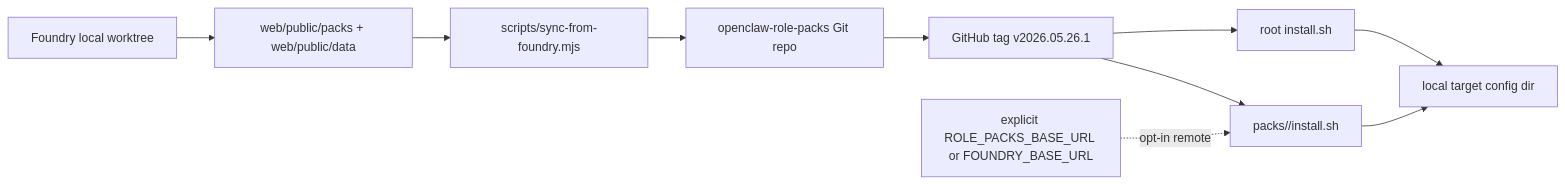
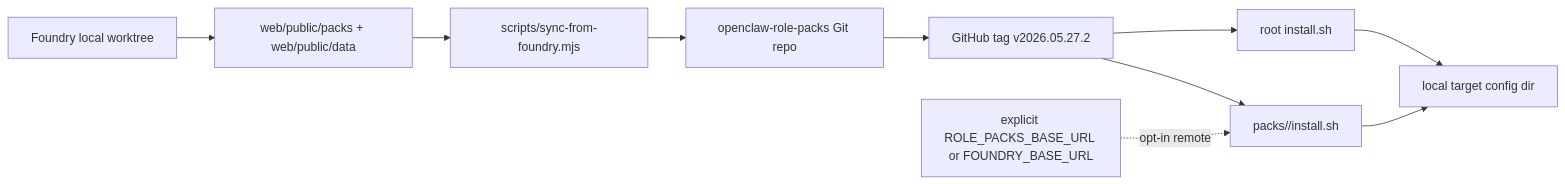
One commit to MARUCIE/openclaw-foundry changed the third of 6 diagrams in doc/00_project/initiative_openclaw_foundry/SYSTEM_ARCHITECTURE.md. Above: the diagram before and after it, drawn with Mermaid. The commit also changed other lines of this file and 47 other files, not shown here.

````diff
--- a/doc/00_project/initiative_openclaw_foundry/SYSTEM_ARCHITECTURE.md
+++ b/doc/00_project/initiative_openclaw_foundry/SYSTEM_ARCHITECTURE.md
@@ -134,12 +134,12 @@
 ```mermaid
 flowchart LR
   A[Foundry local worktree] --> B[web/public/packs + web/public/data]
   B --> C[scripts/sync-from-foundry.mjs]
   C --> D[openclaw-role-packs Git repo]
-  D --> E[GitHub tag v2026.05.26.1]
+  D --> E[GitHub tag v2026.05.27.2]
   E --> F[root install.sh]
   E --> G[packs/<id>/install.sh]
   F --> H[local target config dir]
   G --> H
   I[explicit ROLE_PACKS_BASE_URL or FOUNDRY_BASE_URL] -. opt-in remote .-> G
 ```
````
